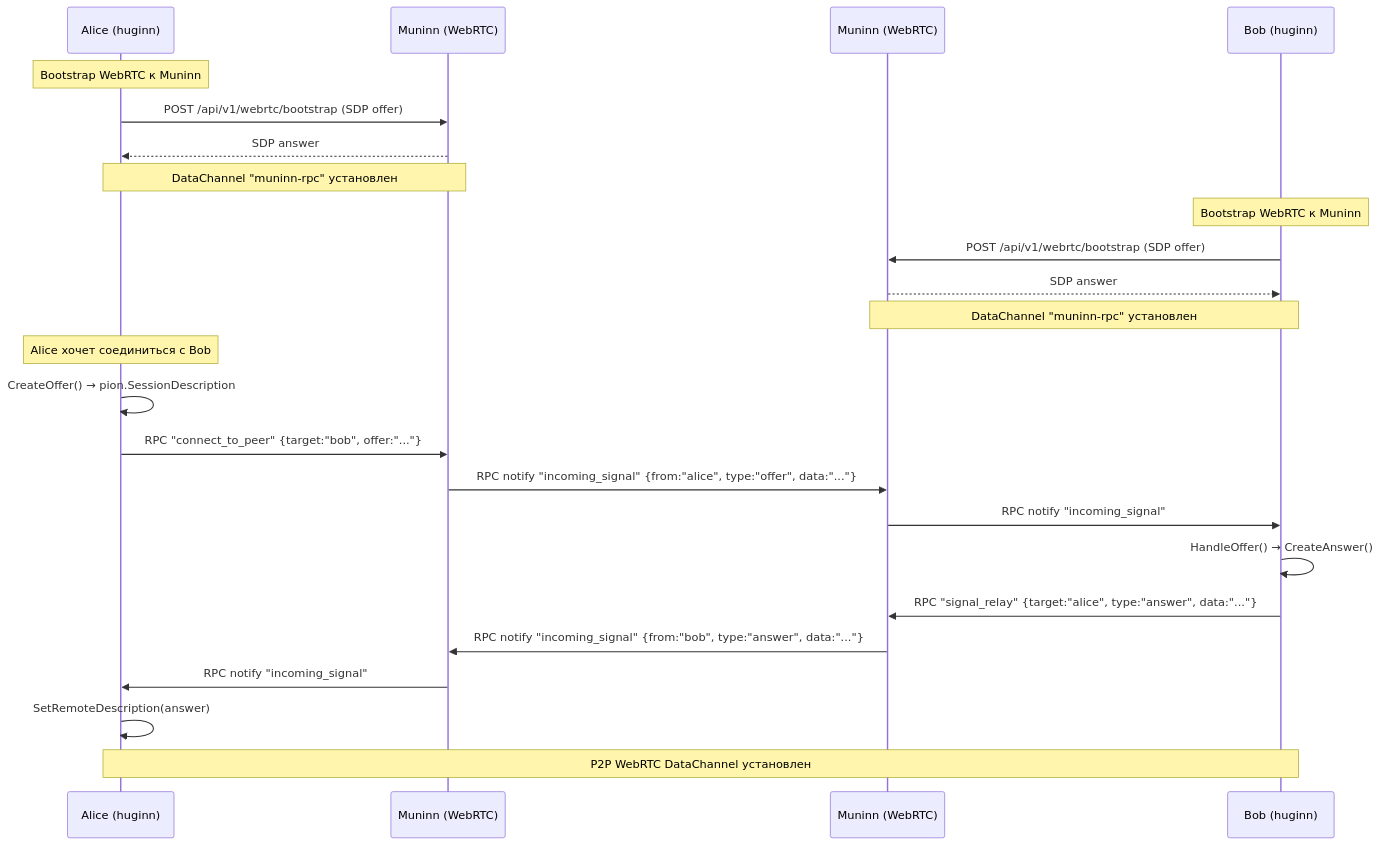
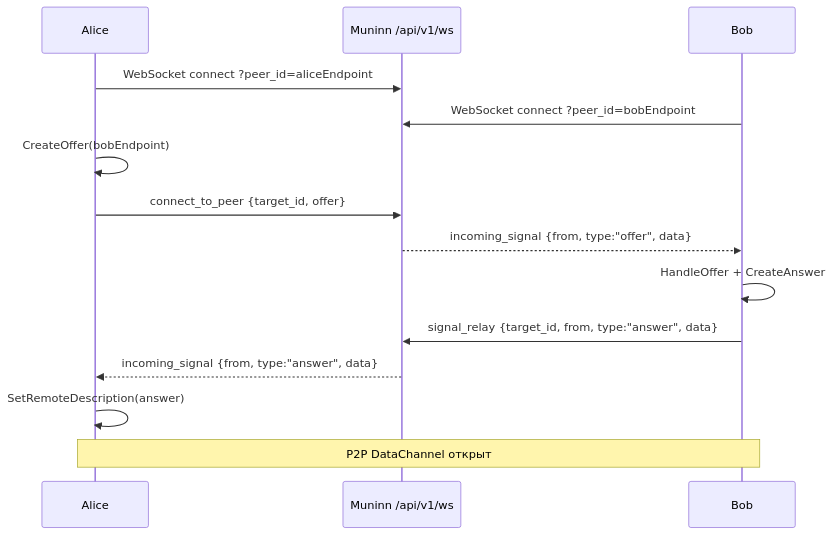
One commit to killbane1232/huginn-messenger changed the fourth of 9 diagrams in docs/architecture.md. Above: the diagram before and after it, drawn with Mermaid. The commit also changed other lines of this file and 1 other file, not shown here.

````diff
--- a/docs/architecture.md
+++ b/docs/architecture.md
@@ -57,29 +118,18 @@
 ```mermaid
 sequenceDiagram
-    participant A as Alice (huginn)
-    participant MA as Muninn (WebRTC)
-    participant MB as Muninn (WebRTC)
-    participant B as Bob (huginn)
+    participant A as Alice
+    participant M as Muninn /api/v1/ws
+    participant B as Bob
 
-    Note over A: Bootstrap WebRTC к Muninn
-    A->>MA: POST /api/v1/webrtc/bootstrap (SDP offer)
-    MA-->>A: SDP answer
-    Note over A,MA: DataChannel "muninn-rpc" установлен
+    A->>M: WebSocket connect ?peer_id=aliceEndpoint
+    B->>M: WebSocket connect ?peer_id=bobEndpoint
 
-    Note over B: Bootstrap WebRTC к Muninn
-    B->>MB: POST /api/v1/webrtc/bootstrap (SDP offer)
-    MB-->>B: SDP answer
-    Note over B,MB: DataChannel "muninn-rpc" установлен
-
-    Note over A: Alice хочет соединиться с Bob
-    A->>A: CreateOffer() → pion.SessionDescription
-    A->>MA: RPC "connect_to_peer" {target:"bob", offer:"..."}
-    MA->>MB: RPC notify "incoming_signal" {from:"alice", type:"offer", data:"..."}
-    MB->>B: RPC notify "incoming_signal"
-    B->>B: HandleOffer() → CreateAnswer()
-    B->>MB: RPC "signal_relay" {target:"alice", type:"answer", data:"..."}
-    MB->>MA: RPC notify "incoming_signal" {from:"bob", type:"answer", data:"..."}
-    MA->>A: RPC notify "incoming_signal"
+    A->>A: CreateOffer(bobEndpoint)
+    A->>M: connect_to_peer {target_id, offer}
+    M-->>B: incoming_signal {from, type:"offer", data}
+    B->>B: HandleOffer + CreateAnswer
+    B->>M: signal_relay {target_id, from, type:"answer", data}
+    M-->>A: incoming_signal {from, type:"answer", data}
     A->>A: SetRemoteDescription(answer)
-    Note over A,B: P2P WebRTC DataChannel установлен
+    Note over A,B: P2P DataChannel открыт
 ```
````
